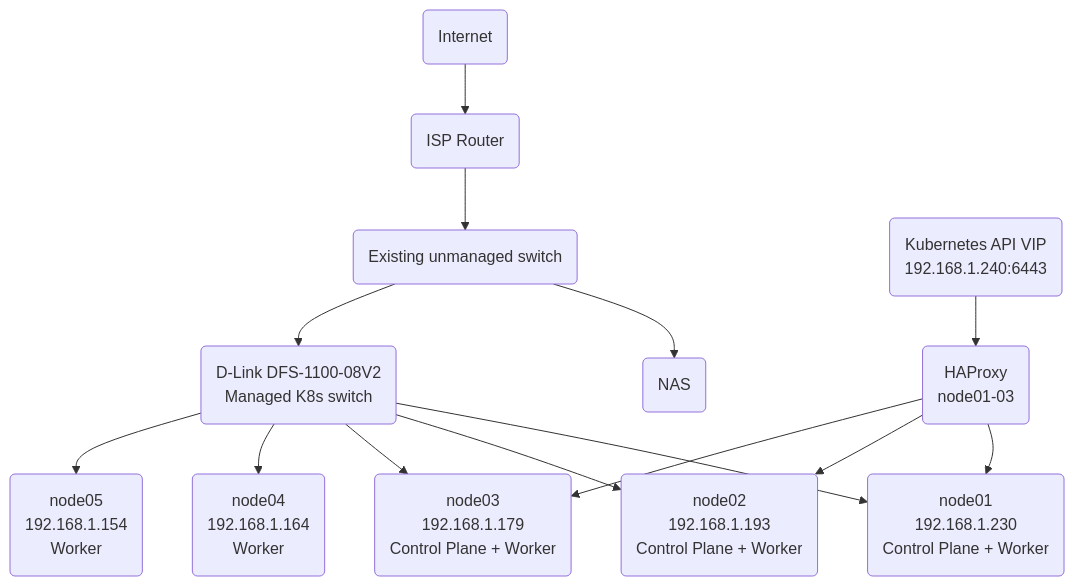
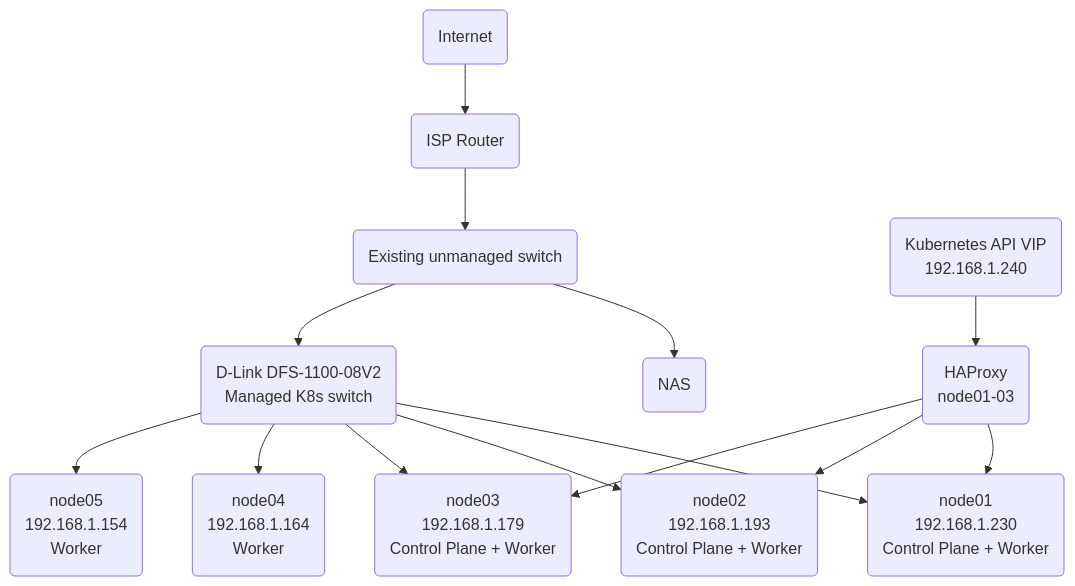
The diagram in docs/networking.md (Andrew-Farquhar/bare-metal-kubernetes-lab), drawn with Mermaid before and after one commit.

Commit message:
Update Kubernetes API VIP address format

````diff
--- a/docs/networking.md
+++ b/docs/networking.md
@@ -12,33 +12,33 @@
 ```mermaid
 graph TD
     Internet(Internet)
     ISPRouter(ISP Router)
     Switch1("Existing unmanaged switch")
     K8sSwitch("D-Link DFS-1100-08V2<br>Managed K8s switch")
 
     Internet --> ISPRouter
     ISPRouter --> Switch1
 
     NAS(NAS)
     Switch1 --> NAS
     Switch1 --> K8sSwitch
 
     Node1("node01<br>192.168.1.230<br>Control Plane + Worker")
     Node2("node02<br>192.168.1.193<br>Control Plane + Worker")
     Node3("node03<br>192.168.1.179<br>Control Plane + Worker")
     Node4("node04<br>192.168.1.164<br>Worker")
     Node5("node05<br>192.168.1.154<br>Worker")
 
     K8sSwitch --> Node1
     K8sSwitch --> Node2
     K8sSwitch --> Node3
     K8sSwitch --> Node4
     K8sSwitch --> Node5
 
-    VIP("Kubernetes API VIP<br>192.168.1.240:6443")
+    VIP("Kubernetes API VIP<br>192.168.1.240")
     HAProxy("HAProxy<br>node01-03")
     VIP --> HAProxy
     HAProxy --> Node1
     HAProxy --> Node2
     HAProxy --> Node3
 ```
````
